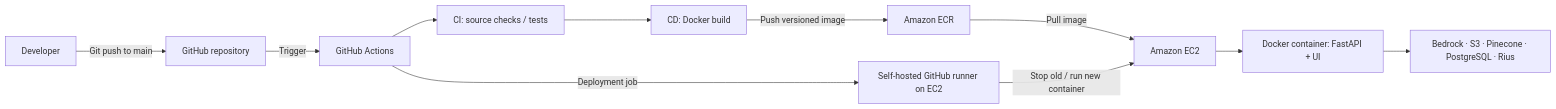
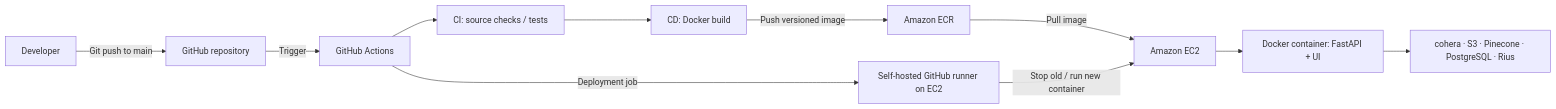
The second of 2 diagrams in README.md (Ardhimahesh13/NEXORA-AI---Enterprise-Intelligence-Automation-Platform), drawn with Mermaid before and after one commit. The commit also changed other lines of this file, not shown here.

````diff
--- a/README.md
+++ b/README.md
@@ -89,13 +89,13 @@
 ```mermaid
 flowchart LR
     DEV[Developer] -->|Git push to main| GH[GitHub repository]
     GH -->|Trigger| GA[GitHub Actions]
     GA --> CI[CI: source checks / tests]
     CI --> BUILD[CD: Docker build]
     BUILD -->|Push versioned image| ECR[Amazon ECR]
     ECR -->|Pull image| EC2[Amazon EC2]
     GA -->|Deployment job| RUNNER[Self-hosted GitHub runner on EC2]
     RUNNER -->|Stop old / run new container| EC2
     EC2 --> DOCKER[Docker container: FastAPI + UI]
-    DOCKER --> SERVICES[Bedrock · S3 · Pinecone · PostgreSQL · Rius]
+    DOCKER --> SERVICES[cohera · S3 · Pinecone · PostgreSQL · Rius]
 ```
````
